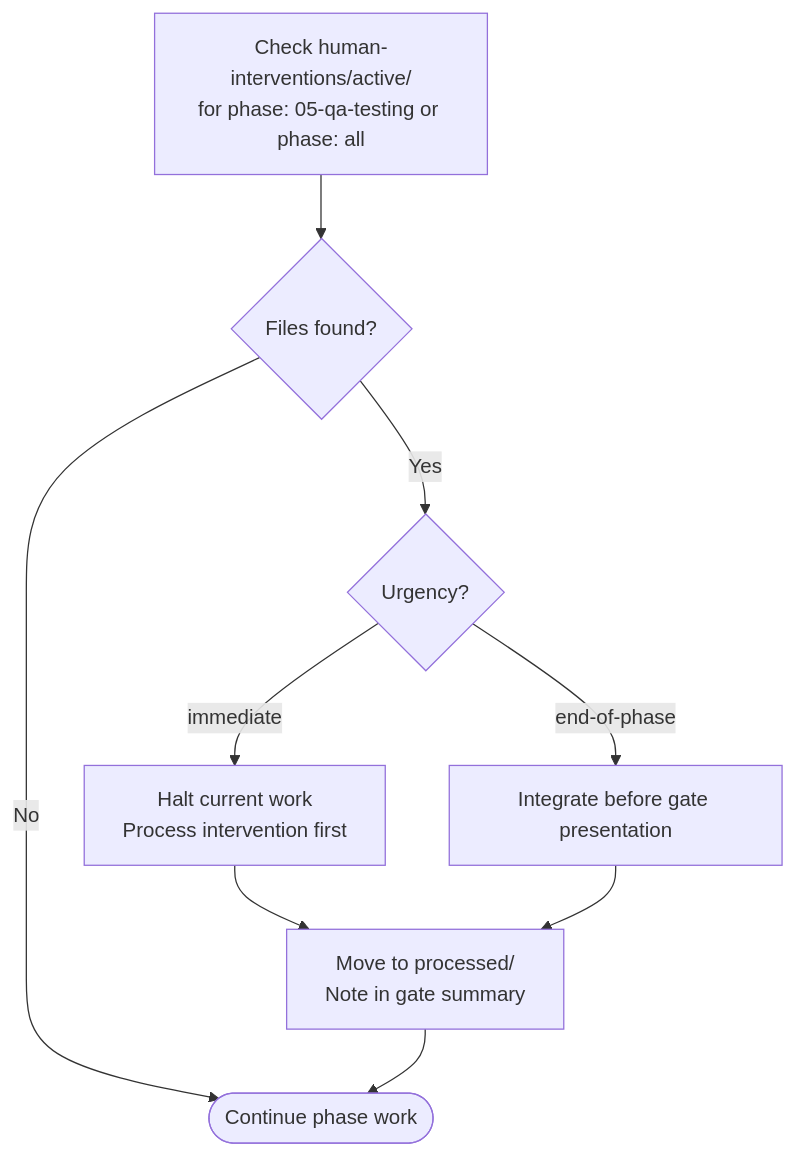
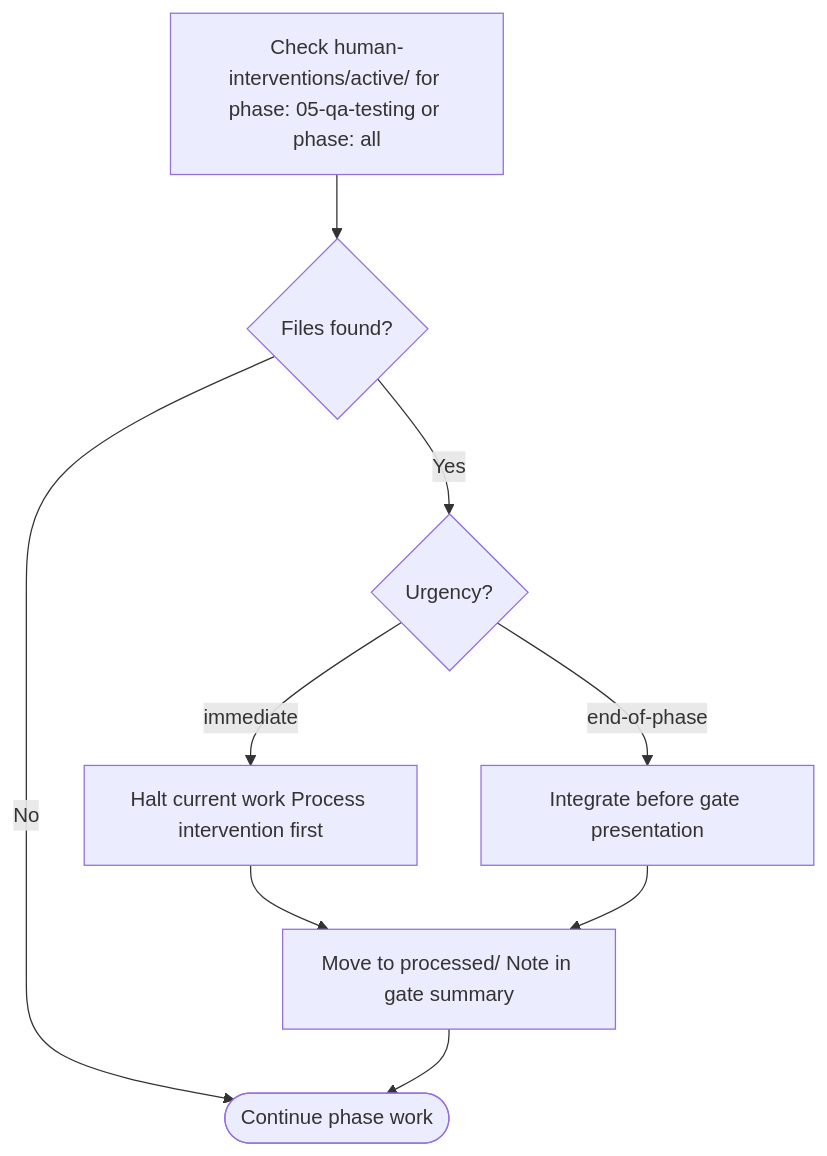
One commit to ivanyeors/product-agentic-templates changed the second of 2 diagrams in .cursor/skills/05-qa-testing/SKILL.md. Above: the diagram before and after it, drawn with Mermaid. The commit also changed other lines of this file and 39 other files, not shown here.

````diff
--- a/.cursor/skills/05-qa-testing/SKILL.md
+++ b/.cursor/skills/05-qa-testing/SKILL.md
@@ -175,11 +190,11 @@
 ```mermaid
 flowchart TD
-    check[Check human-interventions/active/\nfor phase: 05-qa-testing or phase: all] --> found{Files found?}
+    check[Check human-interventions/active/ for phase: 05-qa-testing or phase: all] --> found{Files found?}
     found -->|No| proceed([Continue phase work])
     found -->|Yes| urgency{Urgency?}
-    urgency -->|immediate| halt[Halt current work\nProcess intervention first]
+    urgency -->|immediate| halt[Halt current work Process intervention first]
     urgency -->|end-of-phase| queue[Integrate before gate presentation]
-    halt --> archive[Move to processed/\nNote in gate summary]
+    halt --> archive[Move to processed/ Note in gate summary]
     queue --> archive
     archive --> proceed
 ```
````
